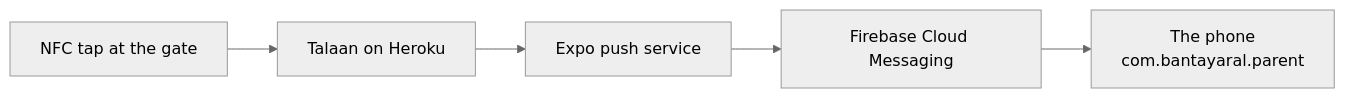
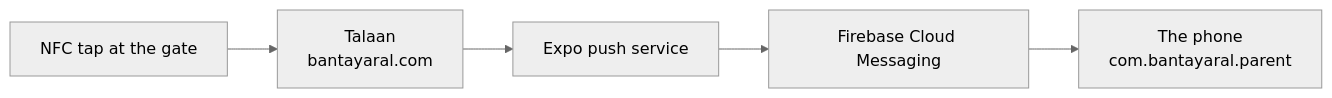
One commit to psmacabulos/talaan_mobile changed the first of 2 diagrams in docs/LEARNING-LOG.md. Above: the diagram before and after it, drawn with Mermaid (neutral theme). The commit also changed other lines of this file and 17 other files, not shown here.

````diff
--- a/docs/LEARNING-LOG.md
+++ b/docs/LEARNING-LOG.md
@@ -89,7 +381,7 @@
 ```mermaid
 flowchart LR
-    Gate["NFC tap at the gate"] --> Talaan["Talaan on Heroku"]
+    Gate["NFC tap at the gate"] --> Talaan["Talaan<br/>bantayaral.com"]
     Talaan --> Expo["Expo push service"]
     Expo --> FCM["Firebase Cloud Messaging"]
     FCM --> Phone["The phone<br/>com.bantayaral.parent"]
 ```
````
